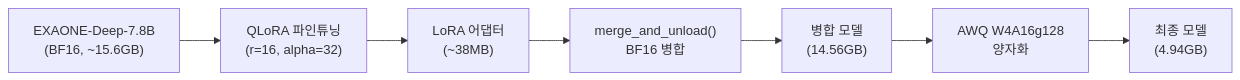
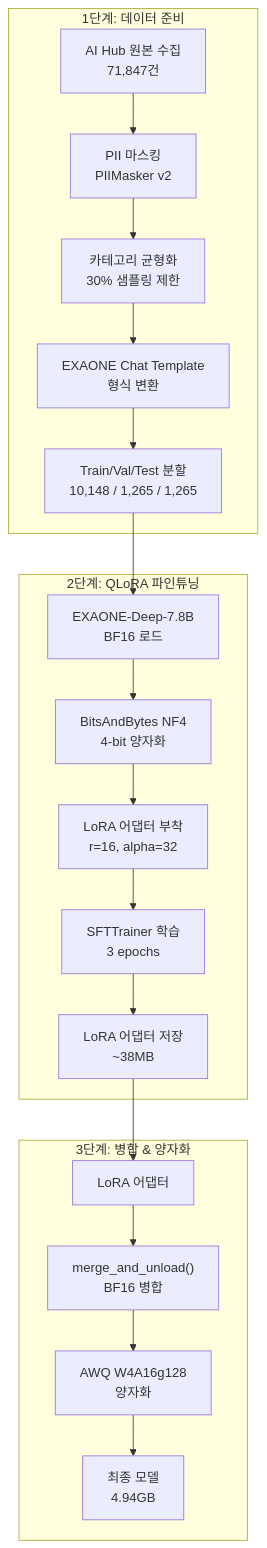
Before and after one commit to ondevice-ai-civil/ondevice-ai-civil-complaint: the first of 3 diagrams in site/docs/research/finetuning.md, drawn with Mermaid. The commit also changed other lines of this file and 17 other files, not shown here.

````diff
--- a/site/docs/research/finetuning.md
+++ b/site/docs/research/finetuning.md
@@ -26,9 +26,25 @@
 ```mermaid
-graph LR
-    A["EXAONE-Deep-7.8B<br/>(BF16, ~15.6GB)"] --> B["QLoRA 파인튜닝<br/>(r=16, alpha=32)"]
-    B --> C["LoRA 어댑터<br/>(~38MB)"]
-    C --> D["merge_and_unload()<br/>BF16 병합"]
-    D --> E["병합 모델<br/>(14.56GB)"]
-    E --> F["AWQ W4A16g128<br/>양자화"]
-    F --> G["최종 모델<br/>(4.94GB)"]
+graph TD
+    subgraph "1단계: 데이터 준비"
+        A1["AI Hub 원본 수집<br/>71,847건"] --> A2["PII 마스킹<br/>PIIMasker v2"]
+        A2 --> A3["카테고리 균형화<br/>30% 샘플링 제한"]
+        A3 --> A4["EXAONE Chat Template<br/>형식 변환"]
+        A4 --> A5["Train/Val/Test 분할<br/>10,148 / 1,265 / 1,265"]
+    end
+
+    subgraph "2단계: QLoRA 파인튜닝"
+        B1["EXAONE-Deep-7.8B<br/>BF16 로드"] --> B2["BitsAndBytes NF4<br/>4-bit 양자화"]
+        B2 --> B3["LoRA 어댑터 부착<br/>r=16, alpha=32"]
+        B3 --> B4["SFTTrainer 학습<br/>3 epochs"]
+        B4 --> B5["LoRA 어댑터 저장<br/>~38MB"]
+    end
+
+    subgraph "3단계: 병합 & 양자화"
+        C1["LoRA 어댑터"] --> C2["merge_and_unload()<br/>BF16 병합"]
+        C2 --> C3["AWQ W4A16g128<br/>양자화"]
+        C3 --> C4["최종 모델<br/>4.94GB"]
+    end
+
+    A5 --> B1
+    B5 --> C1
 ```
````
